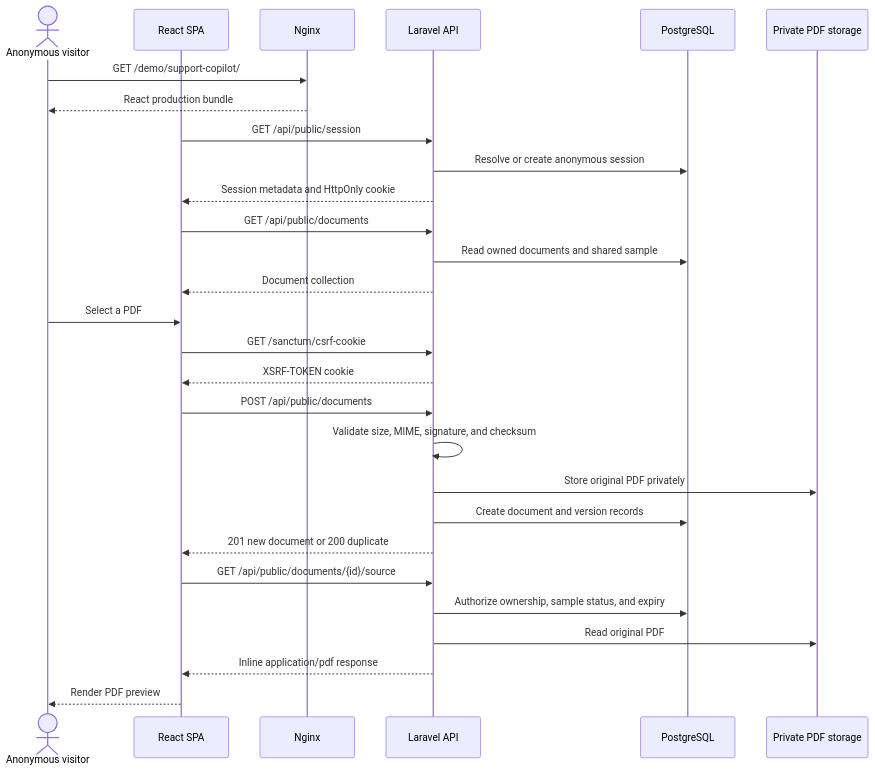
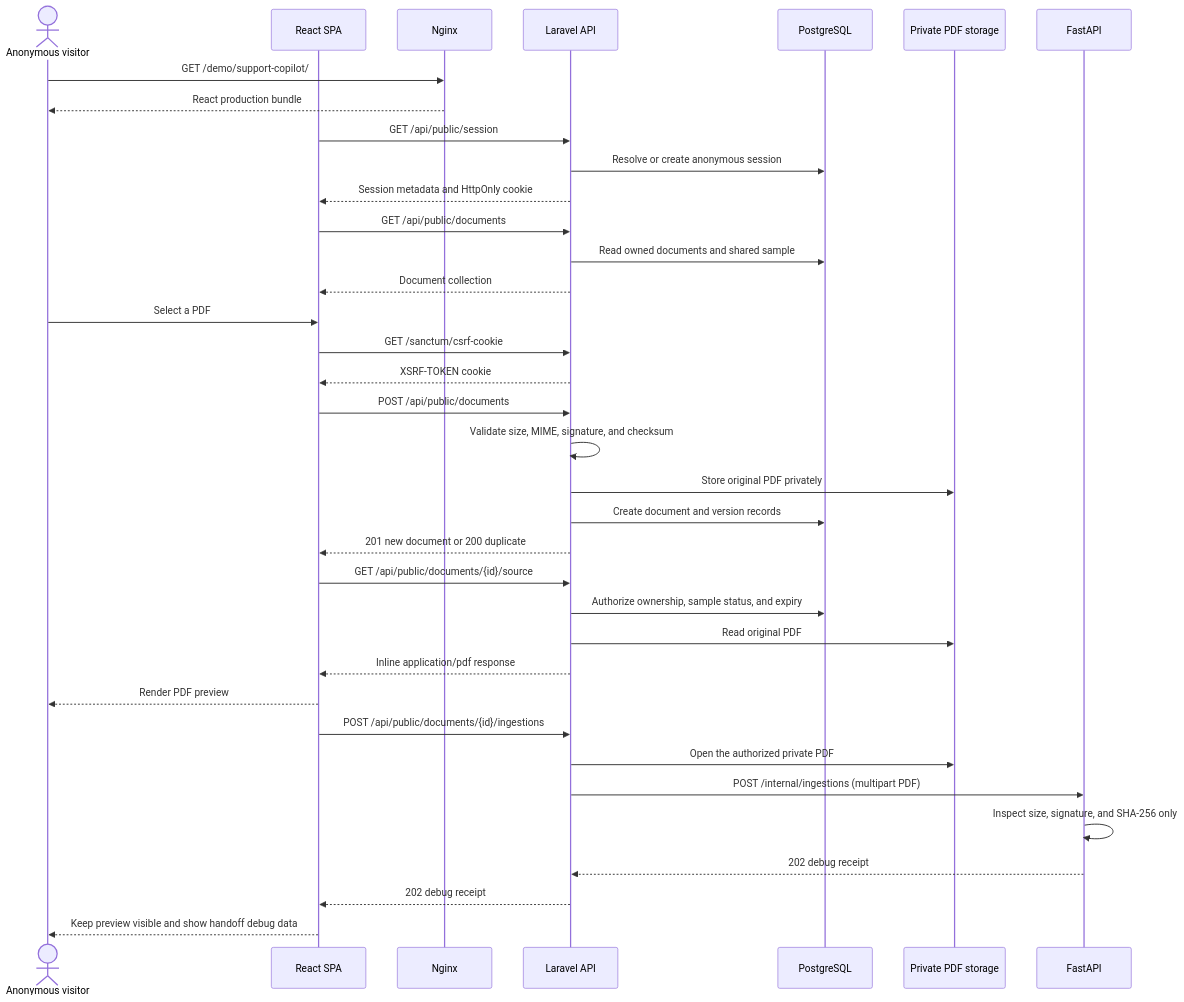
The first of 2 diagrams in SERVICES_AND_REQUEST_FLOW.md (sangcnt/support-copilot), drawn with Mermaid before and after one commit. The commit also changed other lines of this file and 16 other files, not shown here.

Commit message:
add PDF ingestion handoff to FastAPI

````diff
--- a/SERVICES_AND_REQUEST_FLOW.md
+++ b/SERVICES_AND_REQUEST_FLOW.md
@@ -206,31 +231,39 @@
 ```mermaid
 sequenceDiagram
     actor User as Anonymous visitor
     participant UI as React SPA
     participant Nginx
     participant API as Laravel API
     participant DB as PostgreSQL
     participant Files as Private PDF storage
+    participant AI as FastAPI
 
     User->>Nginx: GET /demo/support-copilot/
     Nginx-->>User: React production bundle
     UI->>API: GET /api/public/session
     API->>DB: Resolve or create anonymous session
     API-->>UI: Session metadata and HttpOnly cookie
     UI->>API: GET /api/public/documents
     API->>DB: Read owned documents and shared sample
     API-->>UI: Document collection
     User->>UI: Select a PDF
     UI->>API: GET /sanctum/csrf-cookie
     API-->>UI: XSRF-TOKEN cookie
     UI->>API: POST /api/public/documents
     API->>API: Validate size, MIME, signature, and checksum
     API->>Files: Store original PDF privately
     API->>DB: Create document and version records
     API-->>UI: 201 new document or 200 duplicate
     UI->>API: GET /api/public/documents/{id}/source
     API->>DB: Authorize ownership, sample status, and expiry
     API->>Files: Read original PDF
     API-->>UI: Inline application/pdf response
     UI-->>User: Render PDF preview
+    UI->>API: POST /api/public/documents/{id}/ingestions
+    API->>Files: Open the authorized private PDF
+    API->>AI: POST /internal/ingestions (multipart PDF)
+    AI->>AI: Inspect size, signature, and SHA-256 only
+    AI-->>API: 202 debug receipt
+    API-->>UI: 202 debug receipt
+    UI-->>User: Keep preview visible and show handoff debug data
 ```
````
